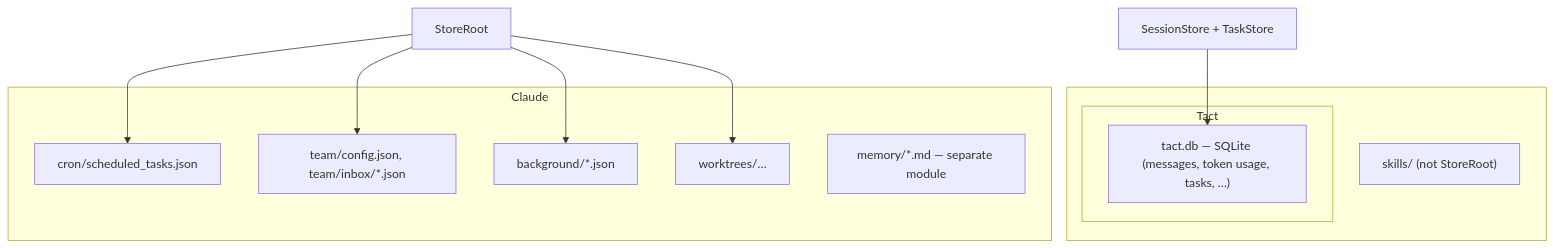
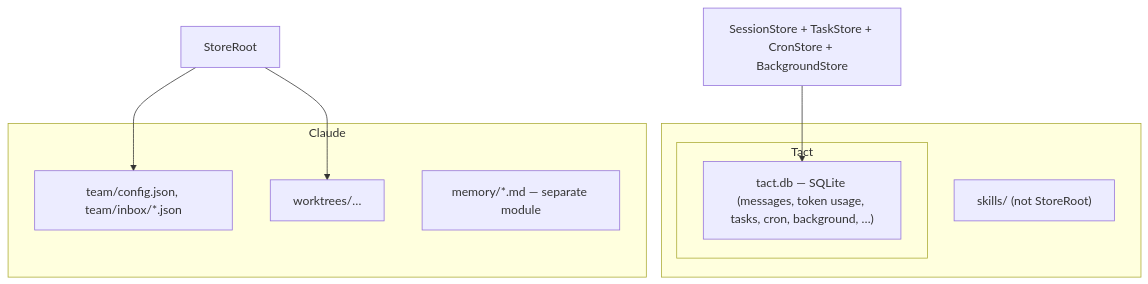
Before and after one commit to rust-infra/tact: the first of 2 diagrams in book/01_chapter_store.md, drawn with Mermaid. The commit also changed other lines of this file and 23 other files, not shown here.

First line of the commit message:
feat(store): migrate cron and background storage from JSON to SQLite

````diff
--- a/book/01_chapter_store.md
+++ b/book/01_chapter_store.md
@@ -19,27 +19,23 @@
 ```mermaid
 graph TB
     subgraph Workdir["<workdir>"]
         Tact[".tact/"]
         Tact[".tact/"]
         Skills["skills/ (not StoreRoot)"]
     end
 
     subgraph Tact
-        DB["tact.db — SQLite (messages, token usage, tasks, …)"]
+        DB["tact.db — SQLite (messages, token usage, tasks, cron, background, …)"]
     end
 
     subgraph Claude
-        Cron["cron/scheduled_tasks.json"]
         Team["team/config.json, team/inbox/*.json"]
-        BG["background/*.json"]
         WT["worktrees/…"]
         Mem["memory/*.md — separate module"]
     end
 
-    SR[StoreRoot] --> Cron
-    SR --> Team
-    SR --> BG
+    SR[StoreRoot] --> Team
     SR --> WT
 
-    SS[SessionStore + TaskStore] --> DB
+    SS[SessionStore + TaskStore + CronStore + BackgroundStore] --> DB
 ```
````
